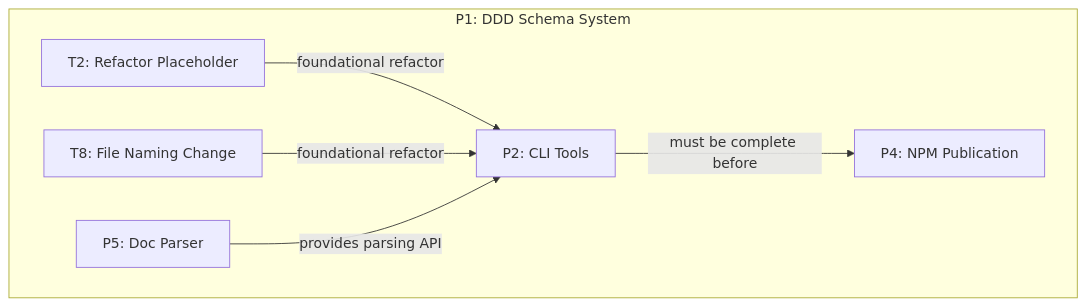
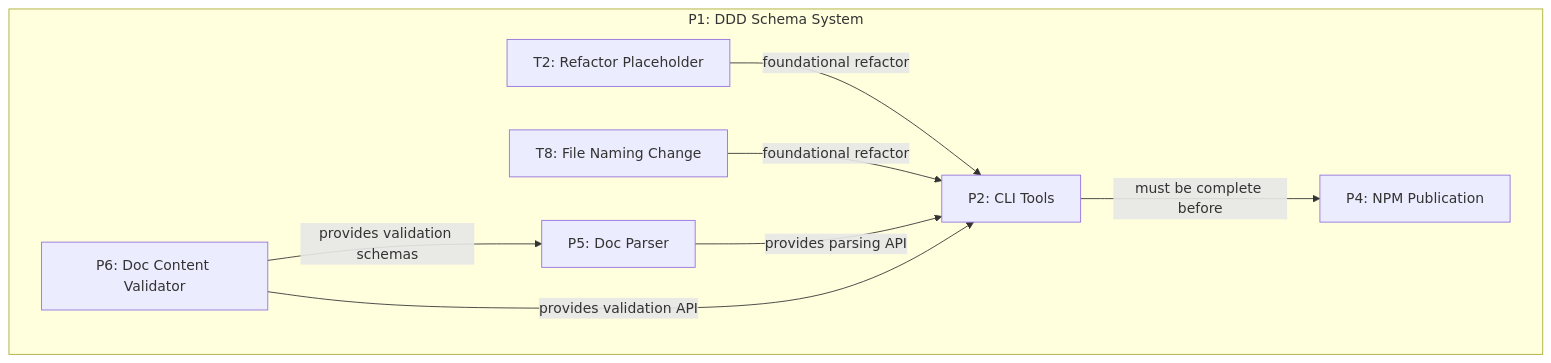
Before and after one commit to livelifelively/documentation-driven-development-tools: the fourth of 17 diagrams in docs/requirements/p1-ddd-tools-schema-system.plan.md, drawn with Mermaid. The commit also changed other lines of this file and 2 other files, not shown here.

Commit message:
p1 update and zod schema tasks

````diff
--- a/docs/requirements/p1-ddd-tools-schema-system.plan.md
+++ b/docs/requirements/p1-ddd-tools-schema-system.plan.md
@@ -180,16 +184,19 @@
 ```mermaid
 graph TD
     subgraph "P1: DDD Schema System"
         direction LR
         T2["T2: Refactor Placeholder"]
         T8["T8: File Naming Change"]
+        P6["P6: Doc Content Validator"]
         P5["P5: Doc Parser"]
         P2["P2: CLI Tools"]
         P4["P4: NPM Publication"]
     end
 
     T2 -- foundational refactor --> P2
     T8 -- foundational refactor --> P2
+    P6 -- provides validation schemas --> P5
     P5 -- provides parsing API --> P2
+    P6 -- provides validation API --> P2
     P2 -- must be complete before --> P4
 ```
````
